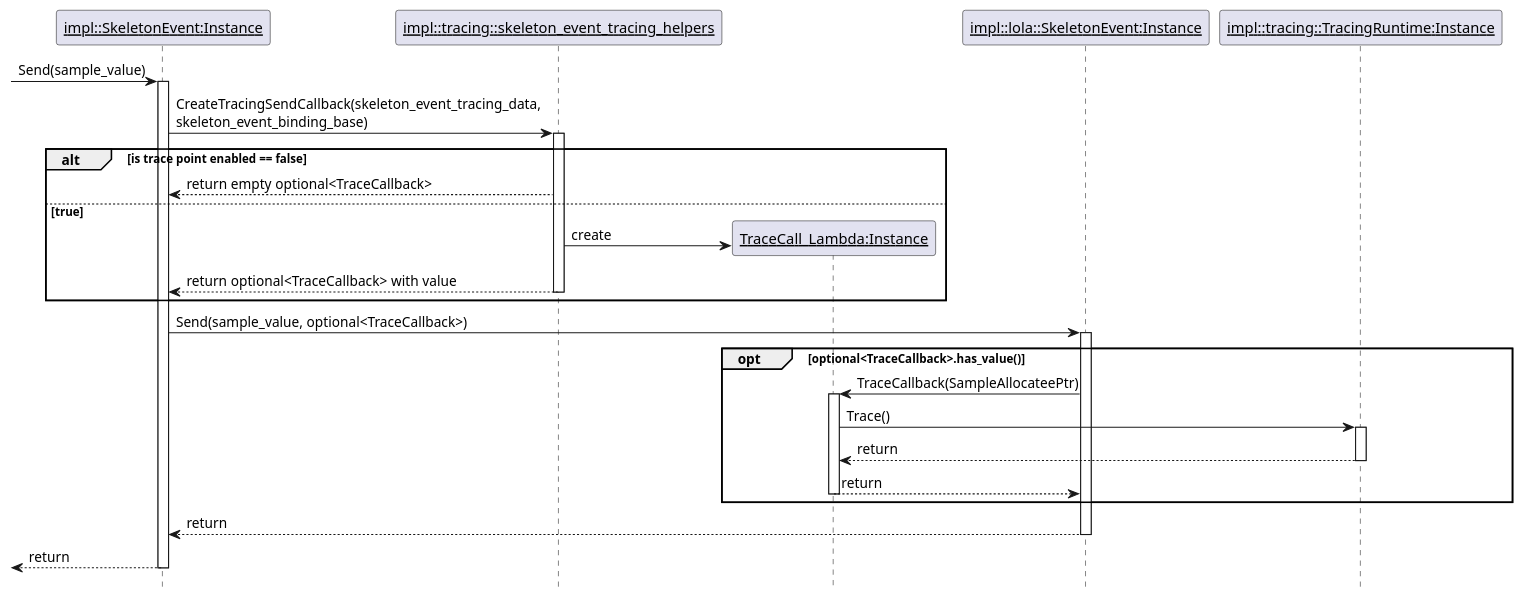
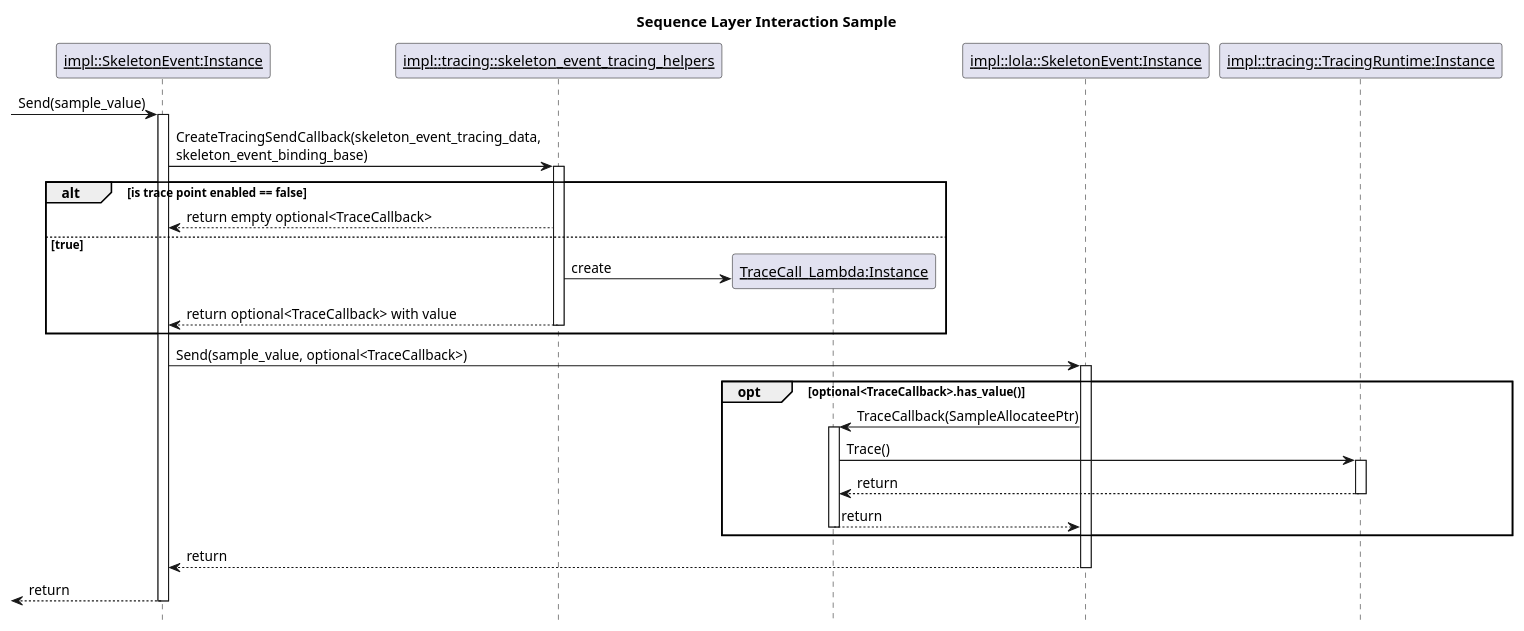
The diagram in score/mw/com/design/ipc_tracing/sequence_layer_interaction_sample.puml (kalu-an/score_communication), drawn with PlantUML before and after one commit. The commit also changed 30 other files, not shown here.

Commit message:
Continue aligning diagram title, fixing relationships in class diagrams

```diff
--- a/score/mw/com/design/ipc_tracing/sequence_layer_interaction_sample.puml
+++ b/score/mw/com/design/ipc_tracing/sequence_layer_interaction_sample.puml
@@ -1,49 +1,49 @@
 @startuml sequence_layer_interaction_sample
-
+title "Sequence Layer Interaction Sample"
 hide footbox
 
 participant "<u>impl::SkeletonEvent:Instance</u>" as SkeletonEvent
 participant "<u>impl::tracing::skeleton_event_tracing_helpers</u>" as TraceHelpers
 participant "<u>TraceCall_Lambda:Instance</u>" as TraceLambda
 participant "<u>impl::lola::SkeletonEvent:Instance</u>" as LolaSkeletonEvent
 participant "<u>impl::tracing::TracingRuntime:Instance</u>" as TracingRuntime
 
 -> SkeletonEvent: Send(sample_value)
 activate SkeletonEvent
 
 SkeletonEvent -> TraceHelpers : CreateTracingSendCallback(skeleton_event_tracing_data,\nskeleton_event_binding_base)
 activate TraceHelpers
 
 alt is trace point enabled == false
   TraceHelpers --> SkeletonEvent : return empty optional<TraceCallback>
 else true
     create TraceLambda
     TraceHelpers -> TraceLambda : create
     TraceHelpers --> SkeletonEvent : return optional<TraceCallback> with value
     deactivate TraceHelpers
 end
 
 SkeletonEvent -> LolaSkeletonEvent : Send(sample_value, optional<TraceCallback>)
 activate LolaSkeletonEvent
 
 opt optional<TraceCallback>.has_value()
     LolaSkeletonEvent -> TraceLambda : TraceCallback(SampleAllocateePtr)
     activate TraceLambda
 
     TraceLambda -> TracingRuntime : Trace()
     activate TracingRuntime
 
     TracingRuntime --> TraceLambda : return
     deactivate TracingRuntime
 
     TraceLambda --> LolaSkeletonEvent : return
     deactivate TraceLambda
 end
 
 LolaSkeletonEvent --> SkeletonEvent : return
 deactivate LolaSkeletonEvent
 
 <-- SkeletonEvent : return
 deactivate SkeletonEvent
 
 @enduml
```
